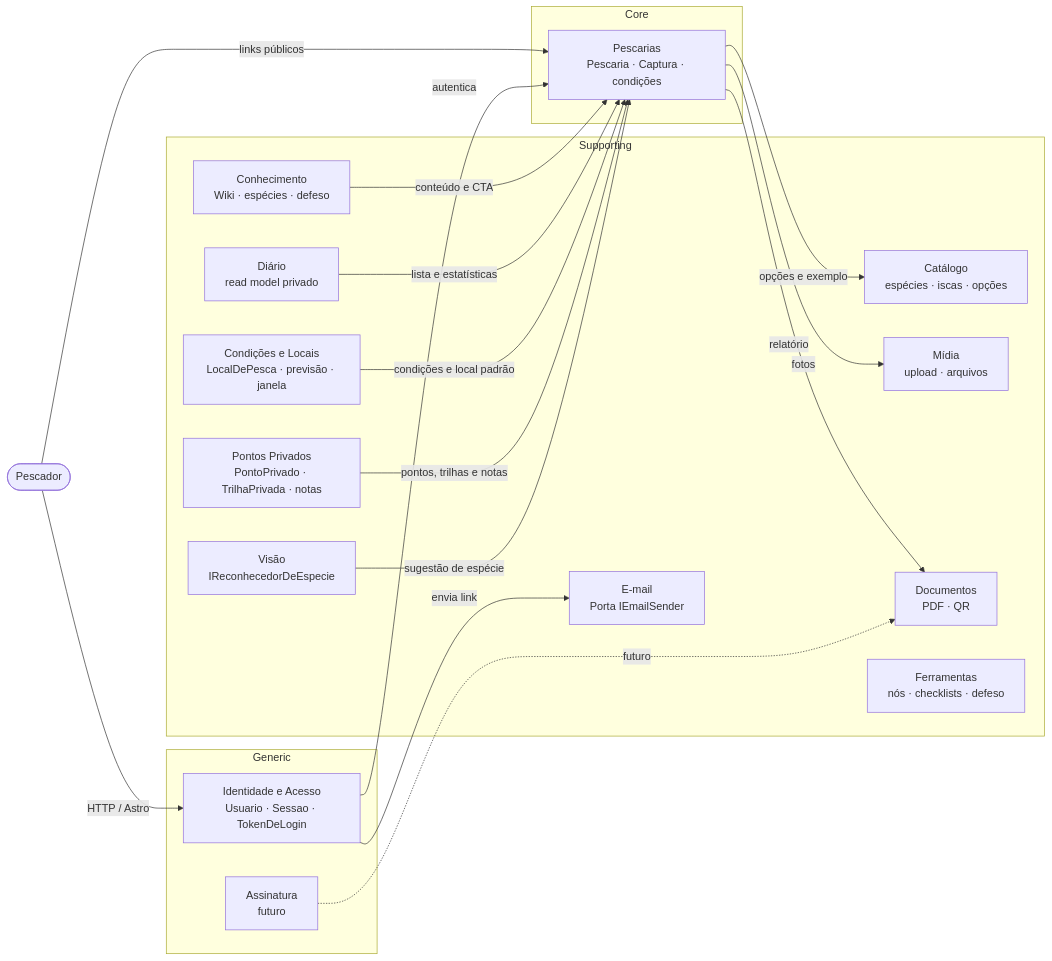
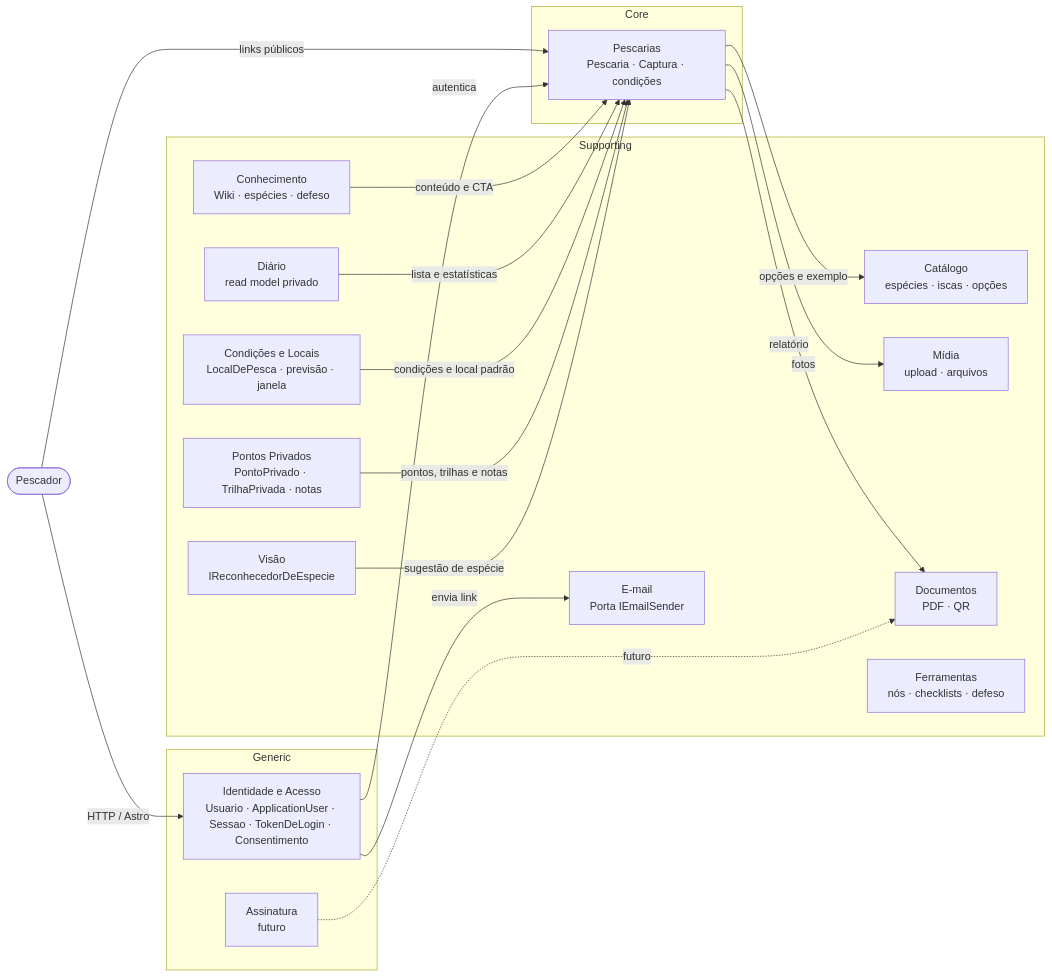
One commit to AbsonDev/abson changed the diagram in Projetos/fisga/docs/ddd.md. Above: the diagram before and after it, drawn with Mermaid. The commit also changed other lines of this file and 3 other files, not shown here.

````diff
--- a/Projetos/fisga/docs/ddd.md
+++ b/Projetos/fisga/docs/ddd.md
@@ -12,39 +12,39 @@
 ```mermaid
 flowchart LR
   pescador([Pescador]) -->|HTTP / Astro| identidade
   pescador -->|links públicos| pescarias
 
   subgraph Core
     pescarias[Pescarias<br/>Pescaria · Captura · condições]
   end
 
   subgraph Generic
-    identidade[Identidade e Acesso<br/>Usuario · Sessao · TokenDeLogin]
+    identidade[Identidade e Acesso<br/>Usuario · ApplicationUser · Sessao · TokenDeLogin · Consentimento]
     assinatura[Assinatura<br/>futuro]
   end
 
   subgraph Supporting
     catalogo[Catálogo<br/>espécies · iscas · opções]
     conhecimento[Conhecimento<br/>Wiki · espécies · defeso]
     midia[Mídia<br/>upload · arquivos]
     documentos[Documentos<br/>PDF · QR]
     diario[Diário<br/>read model privado]
     condicoes[Condições e Locais<br/>LocalDePesca · previsão · janela]
     pontos[Pontos Privados<br/>PontoPrivado · TrilhaPrivada · notas]
     ferramentas[Ferramentas<br/>nós · checklists · defeso]
     visao[Visão<br/>IReconhecedorDeEspecie]
     email[E-mail<br/>Porta IEmailSender]
   end
 
   identidade -->|autentica| pescarias
   identidade -->|envia link| email
   pescarias -->|opções e exemplo| catalogo
   conhecimento -->|conteúdo e CTA| pescarias
   pescarias -->|fotos| midia
   pescarias -->|relatório| documentos
   diario -->|lista e estatísticas| pescarias
   condicoes -->|condições e local padrão| pescarias
   pontos -->|pontos, trilhas e notas| pescarias
   visao -->|sugestão de espécie| pescarias
   assinatura -.->|futuro| documentos
 ```
````
